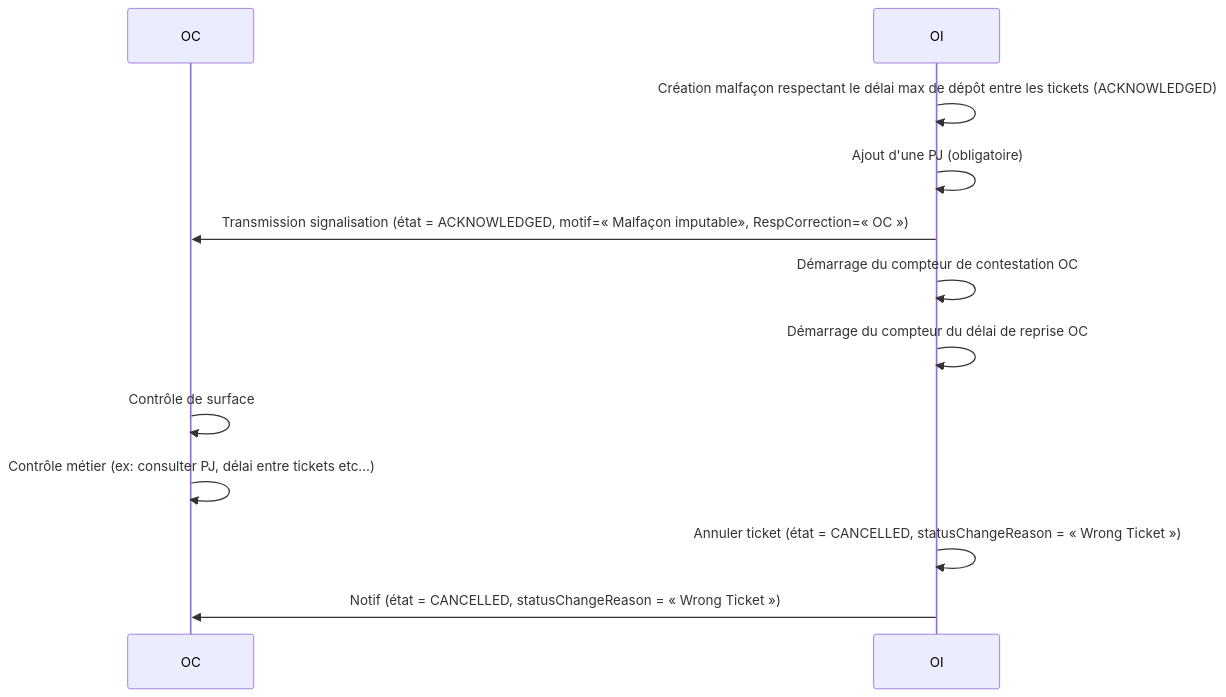
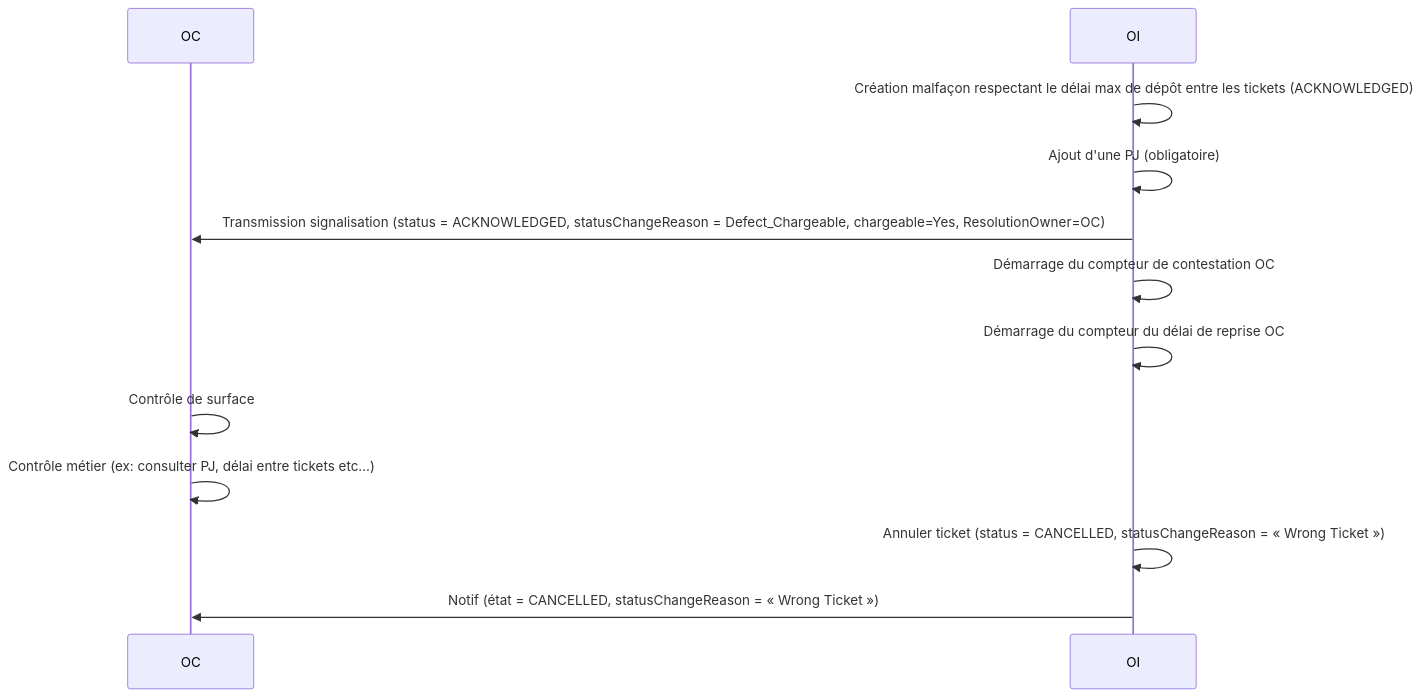
Diagram 11 of 14 in README.md (before-interop/malfacon), drawn with Mermaid before and after one commit. The commit also changed other lines of this file and 1 other file, not shown here.

````diff
--- a/README.md
+++ b/README.md
@@ -532,16 +526,16 @@
 ```mermaid
 sequenceDiagram
 
   participant OC
   participant OI
 
   OI->>OI: Création malfaçon respectant le délai max de dépôt entre les tickets (ACKNOWLEDGED)
   OI->>OI: Ajout d'une PJ (obligatoire)
-  OI->>OC: Transmission signalisation (état = ACKNOWLEDGED, motif=« Malfaçon imputable», RespCorrection=« OC »)
+  OI->>OC: Transmission signalisation (status = ACKNOWLEDGED, statusChangeReason = Defect_Chargeable, chargeable=Yes, ResolutionOwner=OC)
   OI->>OI: Démarrage du compteur de contestation OC
   OI->>OI: Démarrage du compteur du délai de reprise OC
   OC->>OC: Contrôle de surface
   OC->>OC: Contrôle métier (ex: consulter PJ, délai entre tickets etc...)
-  OI->>OI: Annuler ticket (état = CANCELLED, statusChangeReason = « Wrong Ticket »)
+  OI->>OI: Annuler ticket (status = CANCELLED, statusChangeReason = « Wrong Ticket »)
   OI->>OC: Notif (état = CANCELLED, statusChangeReason = « Wrong Ticket »)
 ```
````
